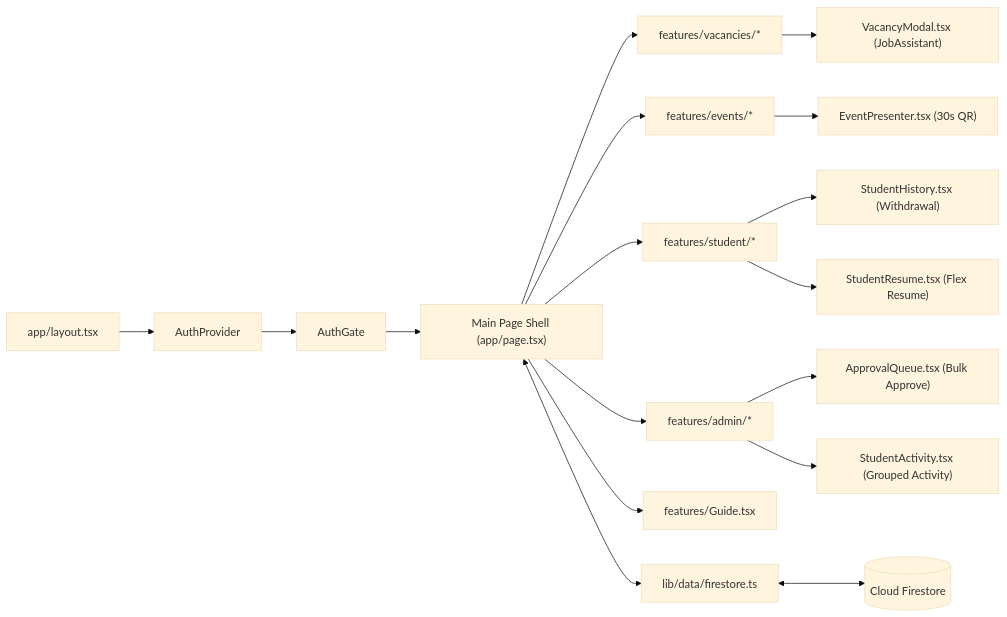
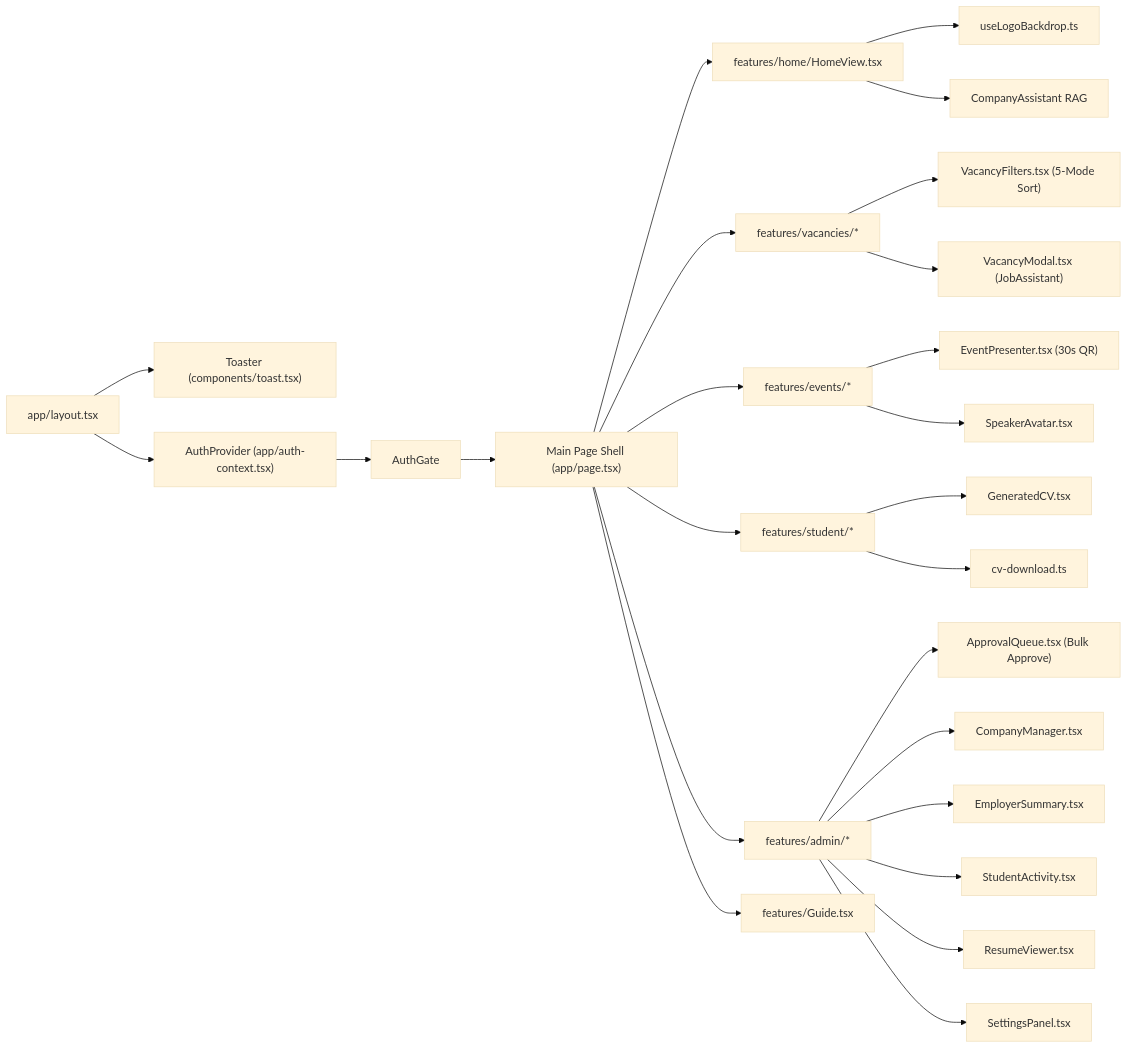
The second of 6 diagrams in webapp/docs/SOFTWARE_DOCUMENTATION.md (SooYM/QIU-Industry-Webapp), drawn with Mermaid (base theme) before and after one commit. The commit also changed other lines of this file and 5 other files, not shown here.

````diff
--- a/webapp/docs/SOFTWARE_DOCUMENTATION.md
+++ b/webapp/docs/SOFTWARE_DOCUMENTATION.md
@@ -143,22 +134,29 @@
 ```mermaid
 flowchart LR
-    Layout["app/layout.tsx"] --> Provider["AuthProvider"]
+    Layout["app/layout.tsx"] --> Toaster["Toaster (components/toast.tsx)"]
+    Layout --> Provider["AuthProvider (app/auth-context.tsx)"]
     Provider --> Gate["AuthGate"]
     Gate --> Shell["Main Page Shell (app/page.tsx)"]
     
+    Shell --> HomeModule["features/home/HomeView.tsx"]
     Shell --> VacanciesModule["features/vacancies/*"]
     Shell --> EventsModule["features/events/*"]
     Shell --> StudentModule["features/student/*"]
     Shell --> AdminModule["features/admin/*"]
     Shell --> GuideModule["features/Guide.tsx"]
 
+    HomeModule --> LogoBackdrop["useLogoBackdrop.ts"]
+    HomeModule --> CompanyAssistant["CompanyAssistant RAG"]
+    VacanciesModule --> VacancyFilters["VacancyFilters.tsx (5-Mode Sort)"]
     VacanciesModule --> VacancyModal["VacancyModal.tsx (JobAssistant)"]
     AdminModule --> ApprovalQueue["ApprovalQueue.tsx (Bulk Approve)"]
-    AdminModule --> StudentActivity["StudentActivity.tsx (Grouped Activity)"]
-    StudentModule --> StudentHistory["StudentHistory.tsx (Withdrawal)"]
-    StudentModule --> StudentResume["StudentResume.tsx (Flex Resume)"]
+    AdminModule --> CompanyManager["CompanyManager.tsx"]
+    AdminModule --> EmployerSummary["EmployerSummary.tsx"]
+    AdminModule --> StudentActivity["StudentActivity.tsx"]
+    AdminModule --> ResumeViewer["ResumeViewer.tsx"]
+    AdminModule --> SettingsPanel["SettingsPanel.tsx"]
+    StudentModule --> GeneratedCV["GeneratedCV.tsx"]
+    StudentModule --> CVDownload["cv-download.ts"]
     EventsModule --> EventPresenter["EventPresenter.tsx (30s QR)"]
-
-    FirestoreAccess["lib/data/firestore.ts"] <--> Firestore[("Cloud Firestore")]
-    Shell <--> FirestoreAccess
+    EventsModule --> SpeakerAvatar["SpeakerAvatar.tsx"]
 ```
````
